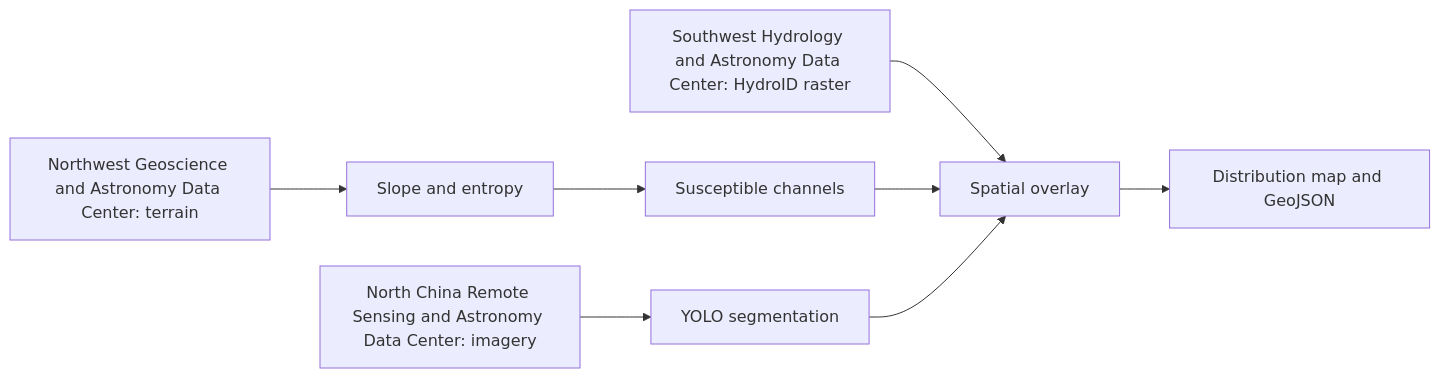
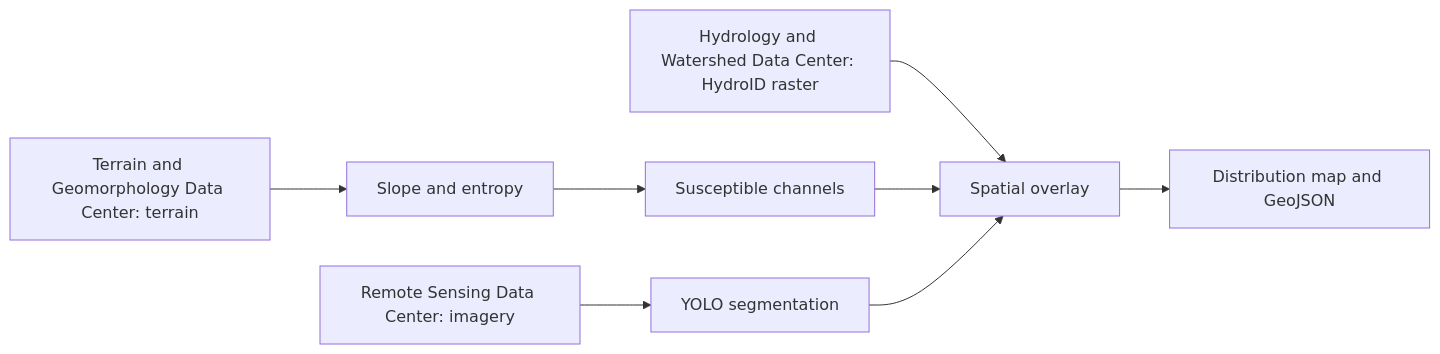
The first of 2 diagrams in docs/cases.md (rdcn-link/conet), drawn with Mermaid before and after one commit. The commit also changed other lines of this file and 17 other files, not shown here.

````diff
--- a/docs/cases.md
+++ b/docs/cases.md
@@ -15,10 +15,10 @@
 ```mermaid
 flowchart LR
-    A[Northwest Geoscience and Astronomy Data Center: terrain] --> S[Slope and entropy]
+    A[Terrain and Geomorphology Data Center: terrain] --> S[Slope and entropy]
     S --> H[Susceptible channels]
-    B[North China Remote Sensing and Astronomy Data Center: imagery] --> Y[YOLO segmentation]
-    C[Southwest Hydrology and Astronomy Data Center: HydroID raster] --> O[Spatial overlay]
+    B[Remote Sensing Data Center: imagery] --> Y[YOLO segmentation]
+    C[Hydrology and Watershed Data Center: HydroID raster] --> O[Spatial overlay]
     H --> O
     Y --> O
     O --> M[Distribution map and GeoJSON]
 ```
````
